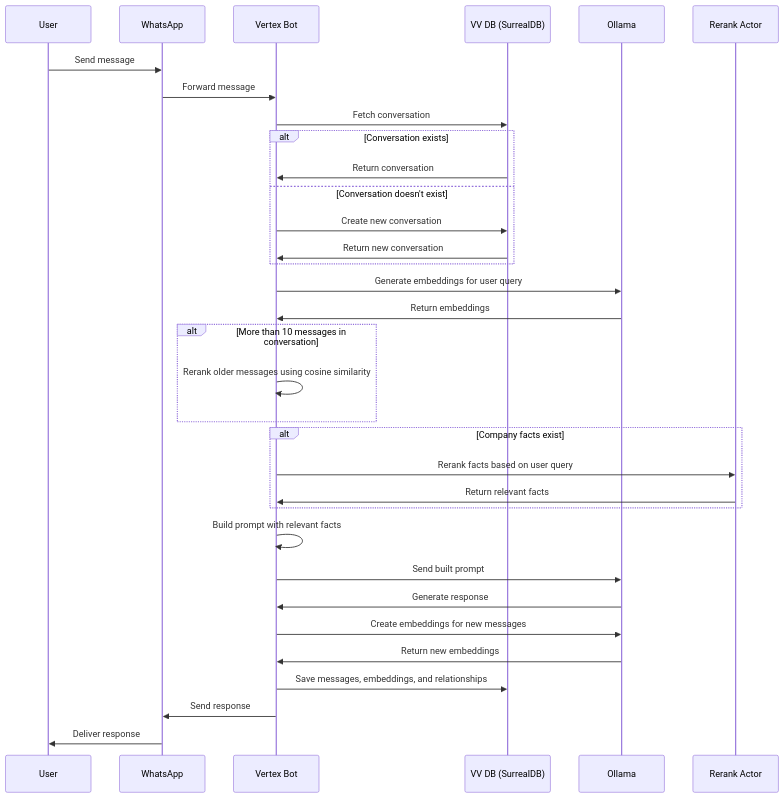
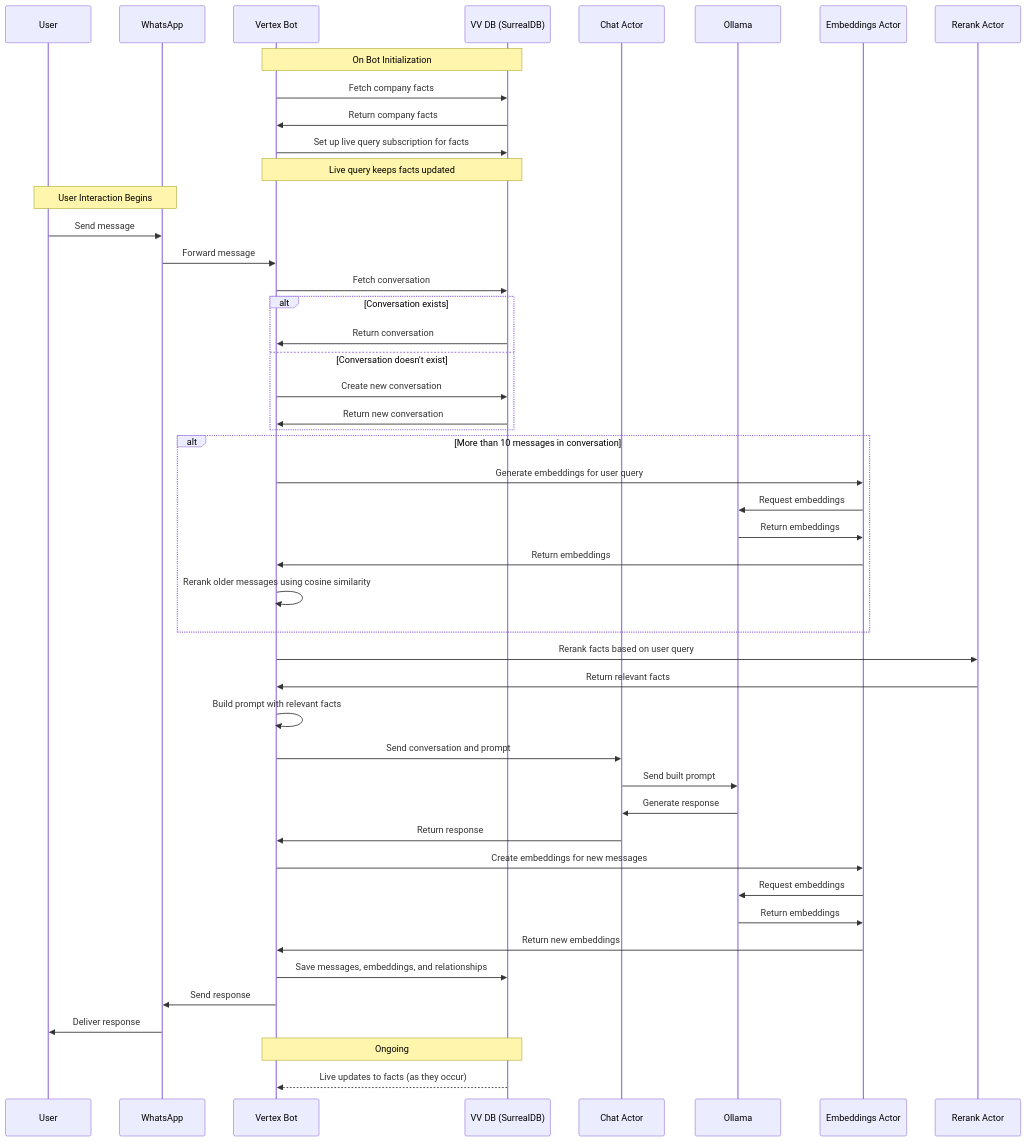
The diagram in README.md (VertexStudio/vertex-bot-wsp), drawn with Mermaid before and after one commit. The commit also changed 1 other file, not shown here.

Commit message:
initial chat bridge implementation

````diff
--- a/README.md
+++ b/README.md
@@ -102,39 +102,52 @@
 ```mermaid
 sequenceDiagram
     participant U as User
     participant W as WhatsApp
     participant VB as Vertex Bot
     participant DB as VV DB (SurrealDB)
+    participant CA as Chat Actor
     participant O as Ollama
+    participant EA as Embeddings Actor
     participant RA as Rerank Actor
 
+    Note over VB,DB: On Bot Initialization
+    VB->>DB: Fetch company facts
+    DB->>VB: Return company facts
+    VB->>DB: Set up live query subscription for facts
+    Note over VB,DB: Live query keeps facts updated
+
+    Note over U,W: User Interaction Begins
     U->>W: Send message
     W->>VB: Forward message
     VB->>DB: Fetch conversation
     alt Conversation exists
         DB->>VB: Return conversation
     else Conversation doesn't exist
         VB->>DB: Create new conversation
         DB->>VB: Return new conversation
     end
-    VB->>O: Generate embeddings for user query
-    O->>VB: Return embeddings
-
     alt More than 10 messages in conversation
+        VB->>EA: Generate embeddings for user query
+        EA->>O: Request embeddings
+        O->>EA: Return embeddings
+        EA->>VB: Return embeddings
         VB->>VB: Rerank older messages using cosine similarity
     end
-
-    alt Company facts exist
-        VB->>RA: Rerank facts based on user query
-        RA->>VB: Return relevant facts
-    end
-
+    VB->>RA: Rerank facts based on user query
+    RA->>VB: Return relevant facts
     VB->>VB: Build prompt with relevant facts
-    VB->>O: Send built prompt
-    O->>VB: Generate response
-    VB->>O: Create embeddings for new messages
-    O->>VB: Return new embeddings
+    VB->>CA: Send conversation and prompt
+    CA->>O: Send built prompt
+    O->>CA: Generate response
+    CA->>VB: Return response
+    VB->>EA: Create embeddings for new messages
+    EA->>O: Request embeddings
+    O->>EA: Return embeddings
+    EA->>VB: Return new embeddings
     VB->>DB: Save messages, embeddings, and relationships
     VB->>W: Send response
     W->>U: Deliver response
+
+    Note over VB,DB: Ongoing
+    DB-->>VB: Live updates to facts (as they occur)
 ```
````
